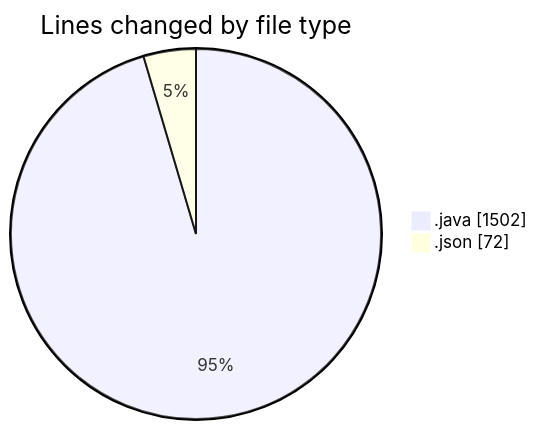
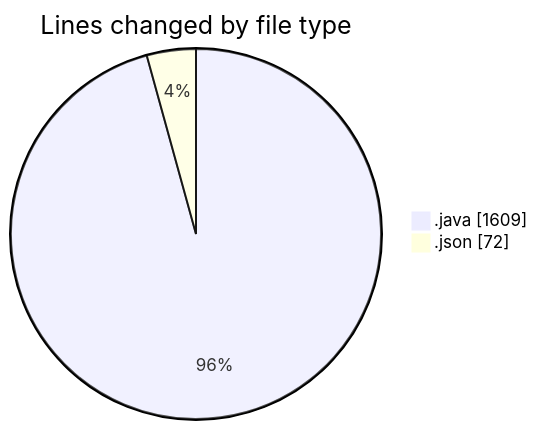
Before and after one commit to charlie-sans/code-tracking: the first of 2 diagrams in 2025-02-22/micros/README.md, drawn with Mermaid. The commit also changed other lines of this file and 1 other file, not shown here.

````diff
--- a/2025-02-22/micros/README.md
+++ b/2025-02-22/micros/README.md
@@ -26,6 +27,6 @@
 ```mermaid
 pie showData
 title Lines changed by file type
-".java" : 1502
+".java" : 1609
 ".json" : 72
 ```
````
